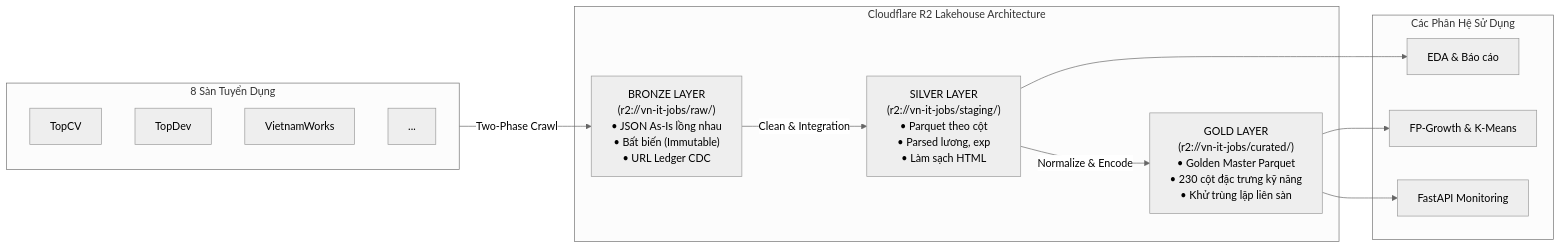
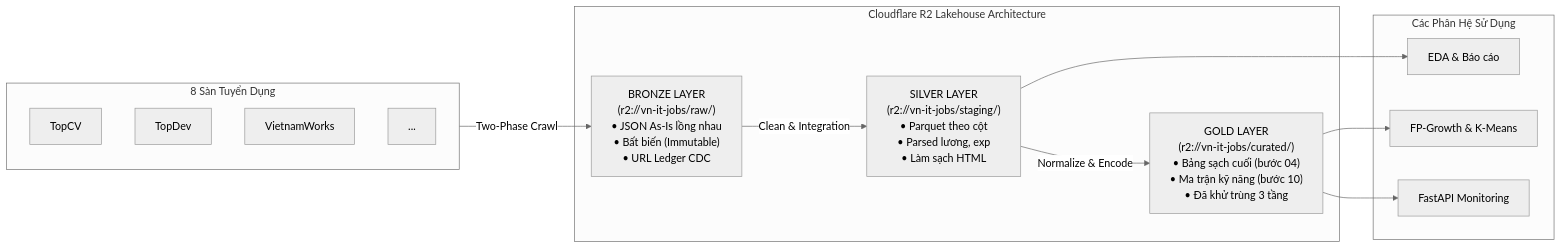
One commit to Archduker/VN-IT-Job-Mining changed the first of 5 diagrams in docs/spec/11_technical_decisions.md. Above: the diagram before and after it, drawn with Mermaid (neutral theme). The commit also changed other lines of this file and 90 other files, not shown here.

````diff
--- a/docs/spec/11_technical_decisions.md
+++ b/docs/spec/11_technical_decisions.md
@@ -40,25 +42,25 @@
 ```mermaid
 flowchart LR
     subgraph Sources["8 Sàn Tuyển Dụng"]
         S1["TopCV"] & S2["TopDev"] & S3["VietnamWorks"] & S4["..."]
     end
 
     subgraph R2_Medallion["Cloudflare R2 Lakehouse Architecture"]
         Bronze["BRONZE LAYER\n(r2://vn-it-jobs/raw/)\n• JSON As-Is lồng nhau\n• Bất biến (Immutable)\n• URL Ledger CDC"]
         Silver["SILVER LAYER\n(r2://vn-it-jobs/staging/)\n• Parquet theo cột\n• Parsed lương, exp\n• Làm sạch HTML"]
-        Gold["GOLD LAYER\n(r2://vn-it-jobs/curated/)\n• Golden Master Parquet\n• 230 cột đặc trưng kỹ năng\n• Khử trùng lặp liên sàn"]
+        Gold["GOLD LAYER\n(r2://vn-it-jobs/curated/)\n• Bảng sạch cuối (bước 04)\n• Ma trận kỹ năng (bước 10)\n• Đã khử trùng 3 tầng"]
     end
 
     subgraph Consumers["Các Phân Hệ Sử Dụng"]
         EDA["EDA & Báo cáo"]
         Mining["FP-Growth & K-Means"]
         Dashboard["FastAPI Monitoring"]
     end
 
     Sources -->|Two-Phase Crawl| Bronze
     Bronze -->|Clean & Integration| Silver
     Silver -->|Normalize & Encode| Gold
     Gold --> Mining
     Gold --> Dashboard
     Silver --> EDA
 ```
````
